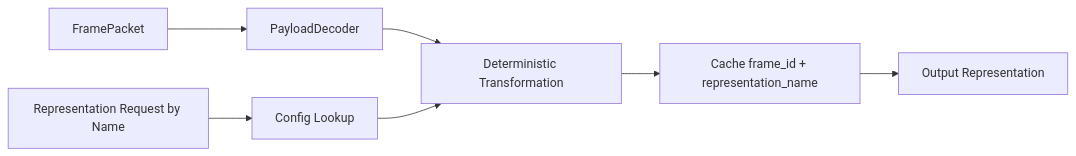
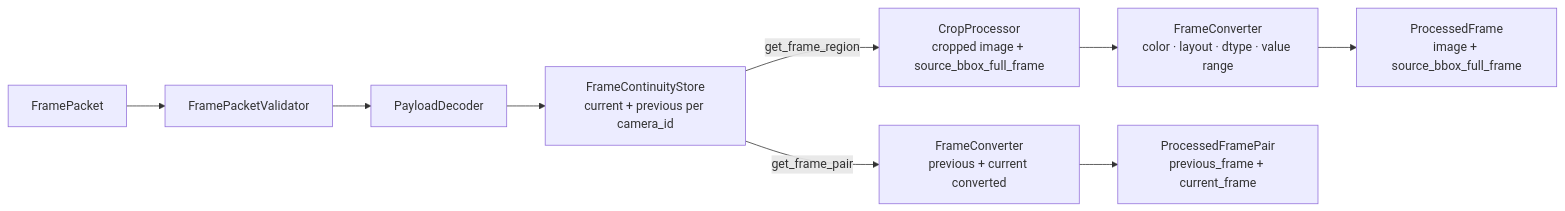
One commit to talifruman/camera-recognition changed the fifth of 5 diagrams in doc/image_processing_service/frame_transformation_layer.md. Above: the diagram before and after it, drawn with Mermaid. The commit also changed other lines of this file and 105 other files, not shown here.

````diff
--- a/doc/image_processing_service/frame_transformation_layer.md
+++ b/doc/image_processing_service/frame_transformation_layer.md
@@ -659,9 +633,13 @@
 ```mermaid
 flowchart LR
-  A[FramePacket] --> B[PayloadDecoder]
-  C[Representation Request by Name] --> D[Config Lookup]
-  B --> E[Deterministic Transformation]
-  D --> E
-  E --> F[Cache frame_id + representation_name]
-  F --> G[Output Representation]
+  A[FramePacket] --> B[FramePacketValidator]
+  B --> C[PayloadDecoder]
+  C --> D[FrameContinuityStore\ncurrent + previous per camera_id]
+
+  D -->|get_frame_region| E[CropProcessor\ncropped image + source_bbox_full_frame]
+  E --> F[FrameConverter\ncolor · layout · dtype · value range]
+  F --> G[ProcessedFrame\nimage + source_bbox_full_frame]
+
+  D -->|get_frame_pair| H[FrameConverter\nprevious + current converted]
+  H --> I[ProcessedFramePair\nprevious_frame + current_frame]
 ```
````
